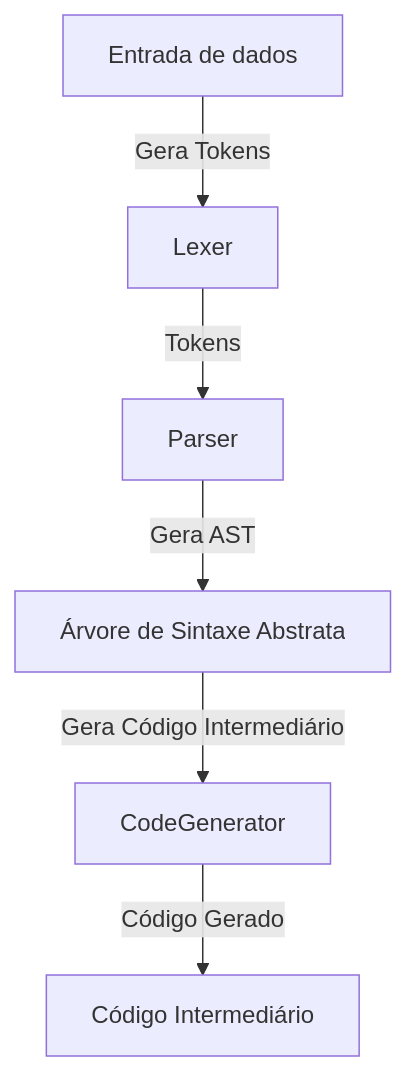
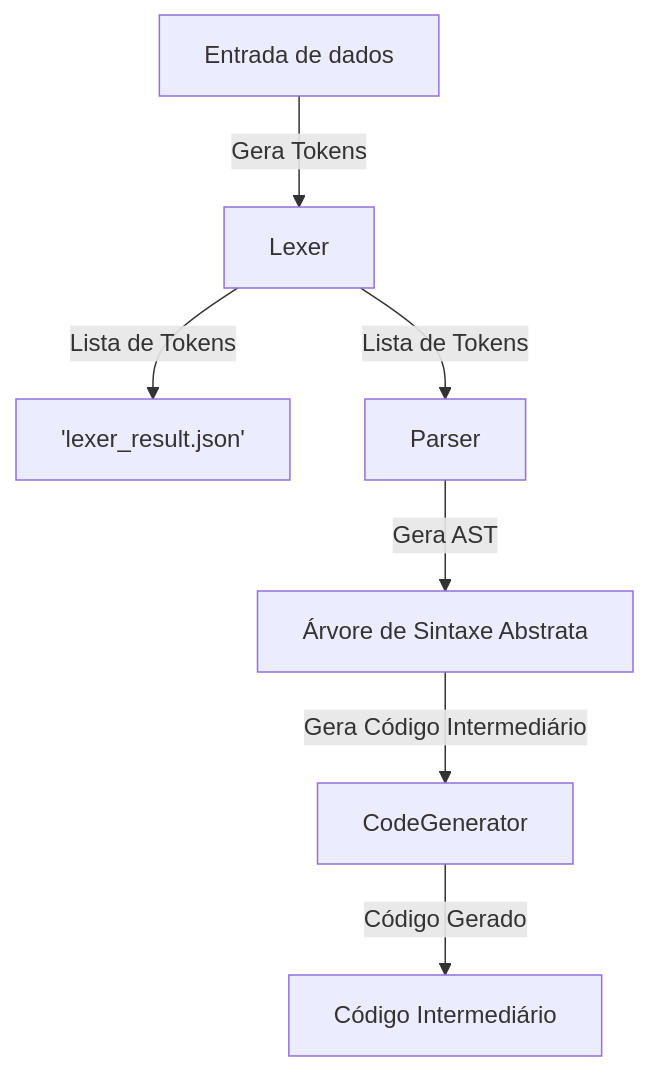
One commit to feliperafaldini/compiladores-4-semestre changed the diagram in README.md. Above: the diagram before and after it, drawn with Mermaid.

````diff
--- a/README.md
+++ b/README.md
@@ -104,10 +104,11 @@
 ```mermaid
   flowchart TD
   data["Entrada de dados"] -->|Gera Tokens| Lexer[Lexer]
-  Lexer -->|Tokens| Parser
+  Lexer -->|Lista de Tokens| JSON['lexer_result.json'] 
+  Lexer -->|Lista de Tokens| Parser[Parser]
   Parser -->|Gera AST| AST[Árvore de Sintaxe Abstrata]
   AST -->|Gera Código Intermediário| CodeGenerator[CodeGenerator]
   CodeGenerator -->|Código Gerado| GeneratedCode[Código Intermediário]
 
   class Lexer,Tokens,Parser,CodeGenerator,GeneratedCode,AST,data internal
 ```
````
